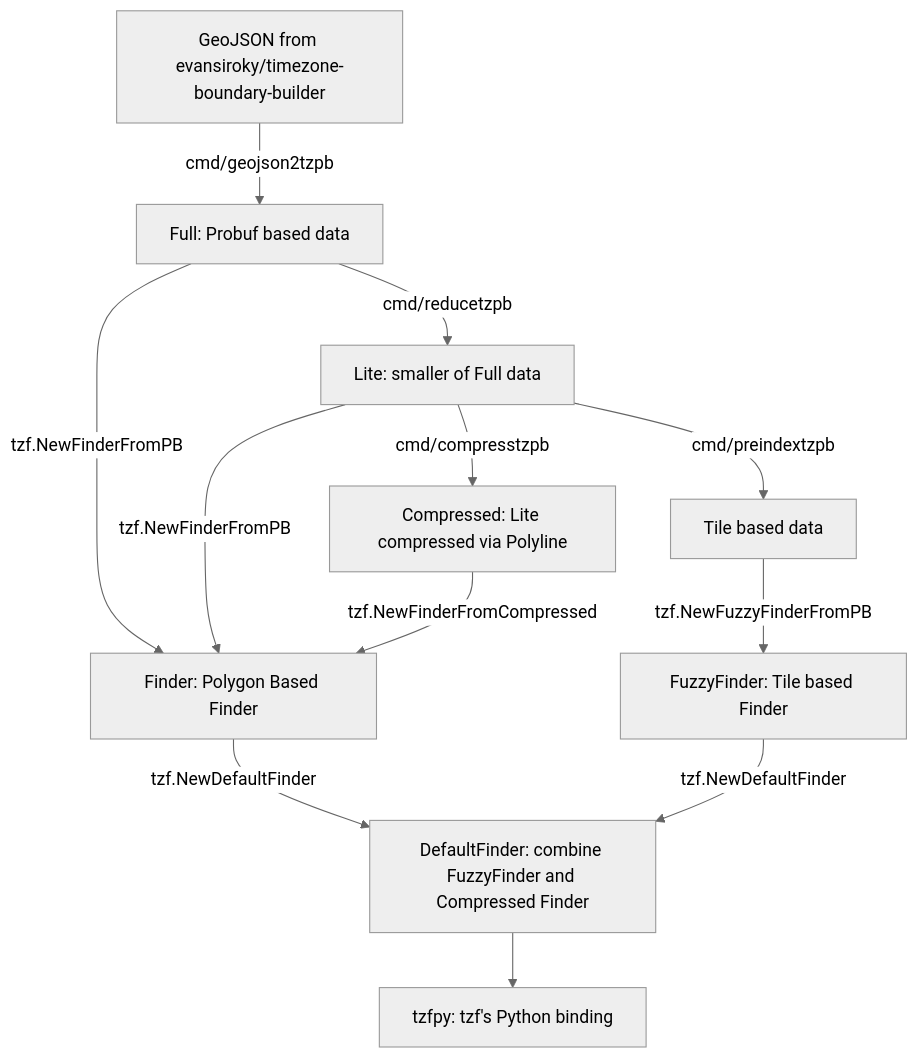
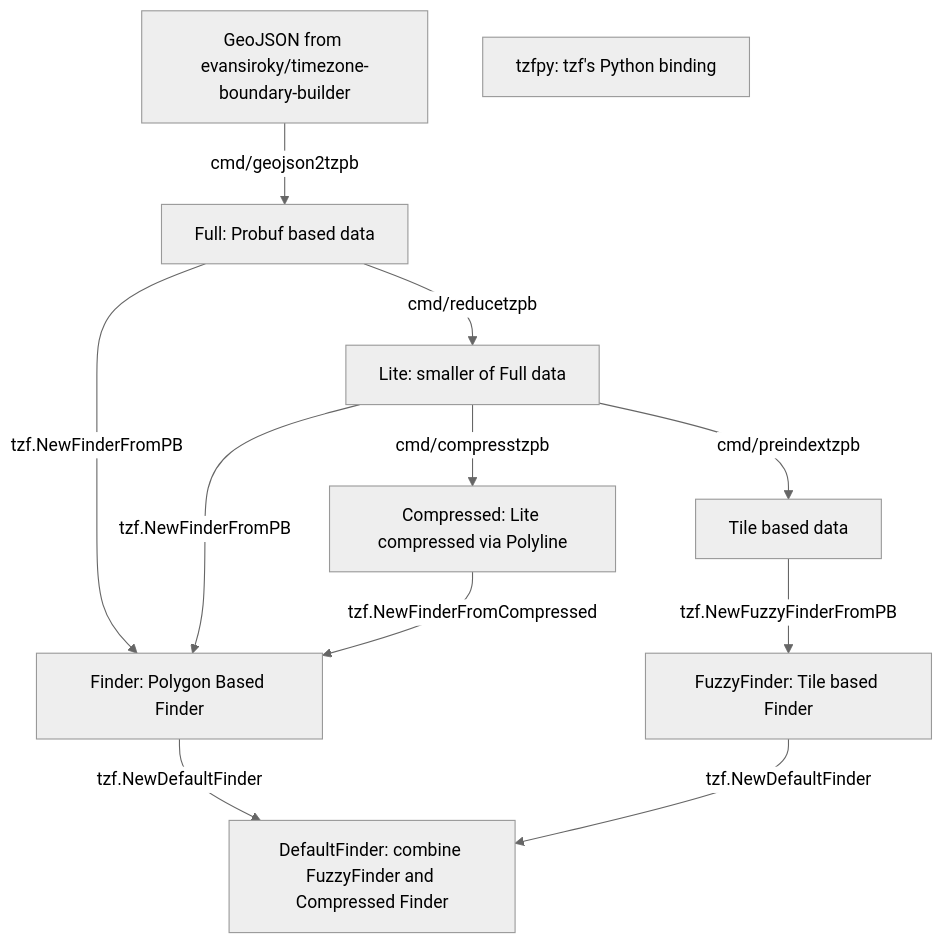
Before and after one commit to ringsaturn/tzf: the diagram in README.md, drawn with Mermaid (neutral theme).

````diff
--- a/README.md
+++ b/README.md
@@ -82,26 +82,24 @@
 ```mermaid
 graph TD
     Raw[GeoJSON from evansiroky/timezone-boundary-builder]
     Full[Full: Probuf based data]
     Lite[Lite: smaller of Full data]
     Compressed[Compressed: Lite compressed via Polyline]
     Preindex[Tile based data]
 
     Finder[Finder: Polygon Based Finder]
     FuzzyFinder[FuzzyFinder: Tile based Finder]
     DefaultFinder[DefaultFinder: combine FuzzyFinder and Compressed Finder]
 
     tzfpy[tzfpy: tzf's Python binding]
 
     Raw --> |cmd/geojson2tzpb|Full
     Full --> |cmd/reducetzpb|Lite
     Lite --> |cmd/compresstzpb|Compressed
     Lite --> |cmd/preindextzpb|Preindex
 
     Full --> |tzf.NewFinderFromPB|Finder
     Lite --> |tzf.NewFinderFromPB|Finder
     Compressed --> |tzf.NewFinderFromCompressed|Finder --> |tzf.NewDefaultFinder|DefaultFinder
     Preindex --> |tzf.NewFuzzyFinderFromPB|FuzzyFinder --> |tzf.NewDefaultFinder|DefaultFinder
-
-    DefaultFinder --> tzfpy
 ```
````
